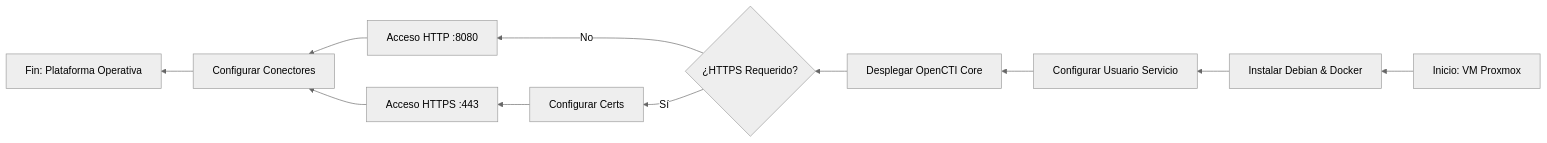
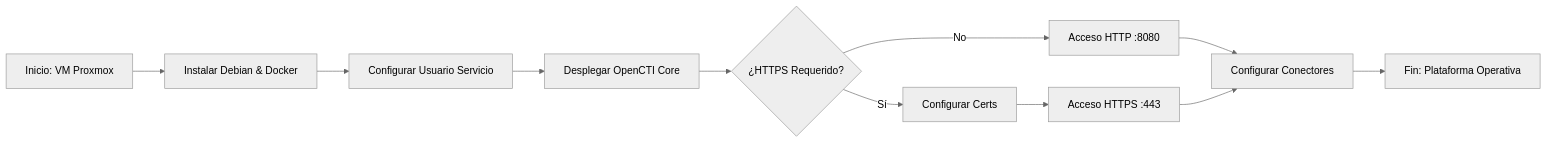
One commit to manu222/TFG-Dise-o-e-implementaci-n-de-una-plataforma-corporativa-de-ciberinteligencia changed the diagram in TFG/OpenCTI.md. Above: the diagram before and after it, drawn with Mermaid (neutral theme). The commit also changed other lines of this file and 2 other files, not shown here.

Commit message:
vault backup: 2026-02-11 02:07:31

````diff
--- a/TFG/OpenCTI.md
+++ b/TFG/OpenCTI.md
@@ -235,13 +236,13 @@
 ```mermaid
-graph RL
+graph LR
     A[Inicio: VM Proxmox] --> B[Instalar Debian & Docker]
     B --> C[Configurar Usuario Servicio]
     C --> D[Desplegar OpenCTI Core]
     D --> E{¿HTTPS Requerido?}
     E -- Sí --> F[Configurar Certs]
     E -- No --> G[Acceso HTTP :8080]
     F --> H[Acceso HTTPS :443]
     G --> I[Configurar Conectores]
     H --> I
     I --> J[Fin: Plataforma Operativa]
 ```
````
